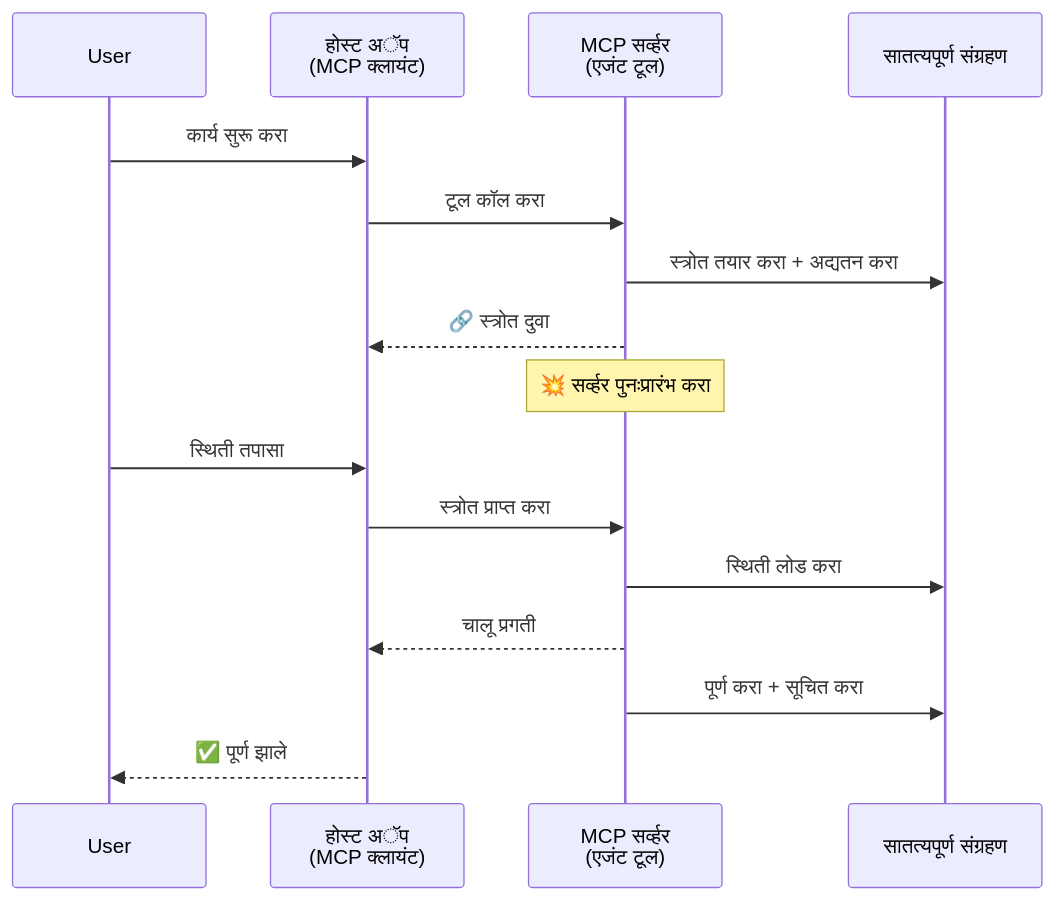
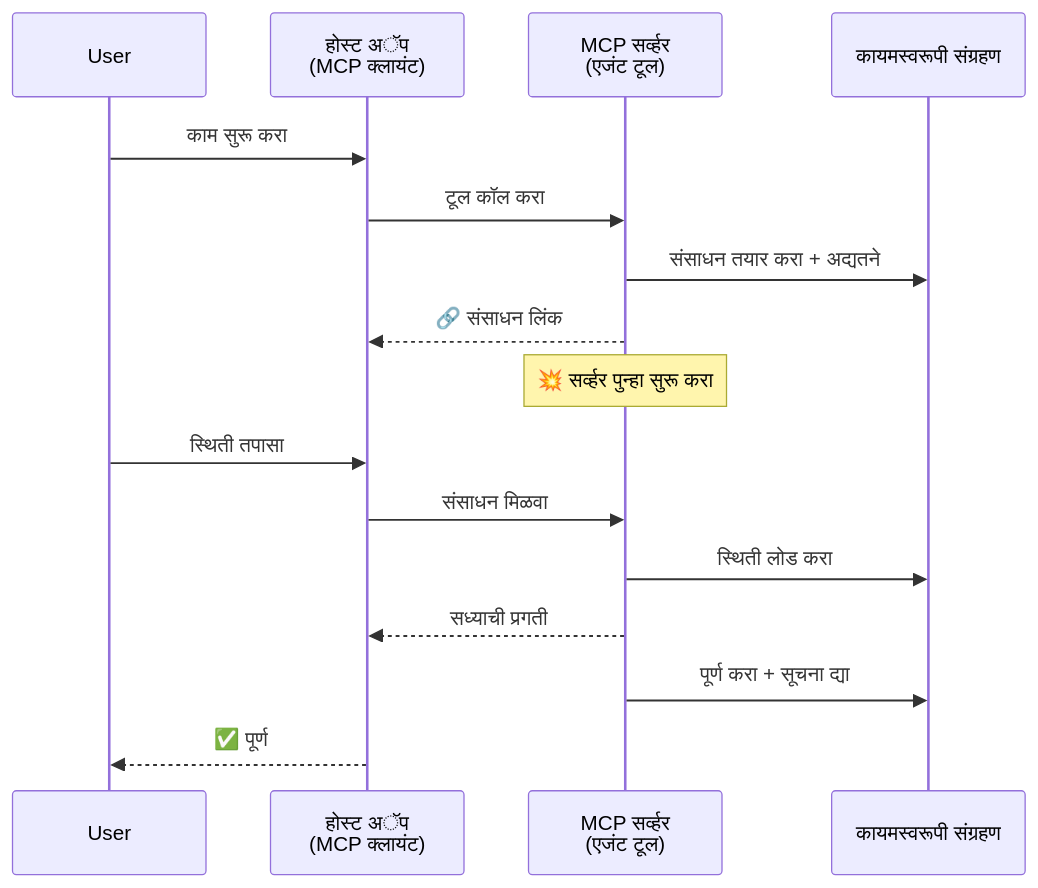
Before and after one commit to gabrielmoreira/agent-skills-mirror: the third of 5 diagrams in mirrors/repos/microsoft@ai-agents-for-beginners/translations/mr/11-agentic-protocols/code_samples/mcp-agents/README.md, drawn with Mermaid. The commit also changed other lines of this file and 4262 other files, not shown here.

````diff
--- a/mirrors/repos/microsoft@ai-agents-for-beginners/translations/mr/11-agentic-protocols/code_samples/mcp-agents/README.md
+++ b/mirrors/repos/microsoft@ai-agents-for-beginners/translations/mr/11-agentic-protocols/code_samples/mcp-agents/README.md
@@ -123,21 +123,21 @@
 ```mermaid
 sequenceDiagram
     participant User
     participant Host as होस्ट अॅप<br/>(MCP क्लायंट)
     participant Server as MCP सर्व्हर<br/>(एजंट टूल)
-    participant DB as सातत्यपूर्ण संग्रहण
+    participant DB as कायमस्वरूपी संग्रहण
 
-    User->>Host: कार्य सुरू करा
+    User->>Host: काम सुरू करा
     Host->>Server: टूल कॉल करा
-    Server->>DB: स्त्रोत तयार करा + अद्यतन करा
-    Server-->>Host: 🔗 स्त्रोत दुवा
+    Server->>DB: संसाधन तयार करा + अद्यतने
+    Server-->>Host: 🔗 संसाधन लिंक
 
-    Note over Server: 💥 सर्व्हर पुनःप्रारंभ करा
+    Note over Server: 💥 सर्व्हर पुन्हा सुरू करा
 
     User->>Host: स्थिती तपासा
-    Host->>Server: स्त्रोत प्राप्त करा
+    Host->>Server: संसाधन मिळवा
     Server->>DB: स्थिती लोड करा
-    Server-->>Host: चालू प्रगती
-    Server->>DB: पूर्ण करा + सूचित करा
-    Host-->>User: ✅ पूर्ण झाले
+    Server-->>Host: सध्याची प्रगती
+    Server->>DB: पूर्ण करा + सूचना द्या
+    Host-->>User: ✅ पूर्ण
 ```
````
